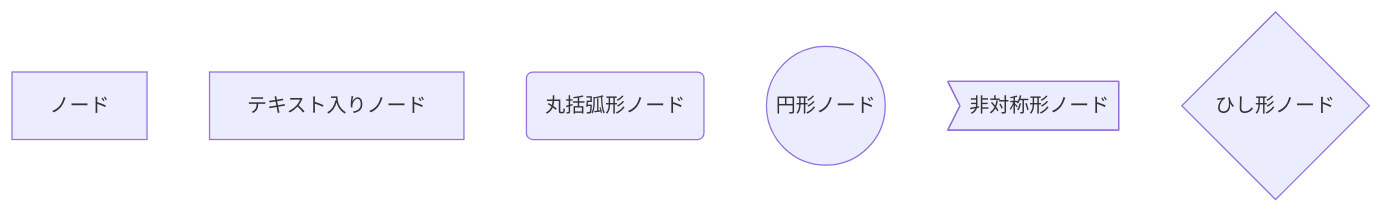
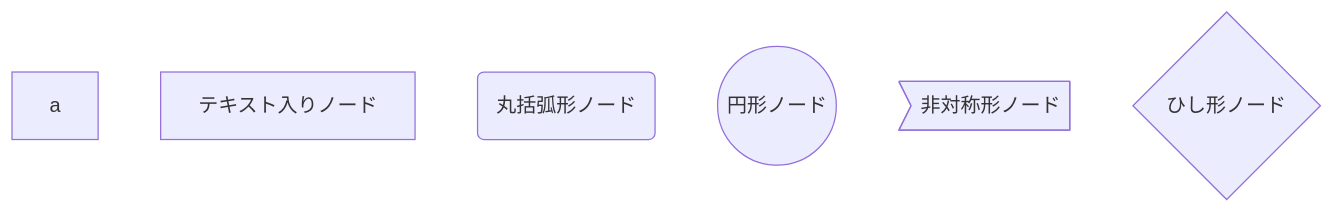
Before and after one commit to morinota/TIL: the first of 4 diagrams in mermaid.js/mermaid.jsでグラフィカルモデル書きたい.md, drawn with Mermaid. The commit also changed other lines of this file, not shown here.

````diff
--- a/mermaid.js/mermaid.jsでグラフィカルモデル書きたい.md
+++ b/mermaid.js/mermaid.jsでグラフィカルモデル書きたい.md
@@ -17,9 +16,9 @@
 ```mermaid
 graph TD
-    ノード
-    ノード1[テキスト入りノード]
-    ノード2(丸括弧形ノード)
-    ノード3((円形ノード))
-    ノード4>非対称形ノード]
-    ノード5{ひし形ノード}
+    a
+    b[テキスト入りノード]
+    c(丸括弧形ノード)
+    d((円形ノード))
+    e>非対称形ノード]
+    f{ひし形ノード}
 ```
````
